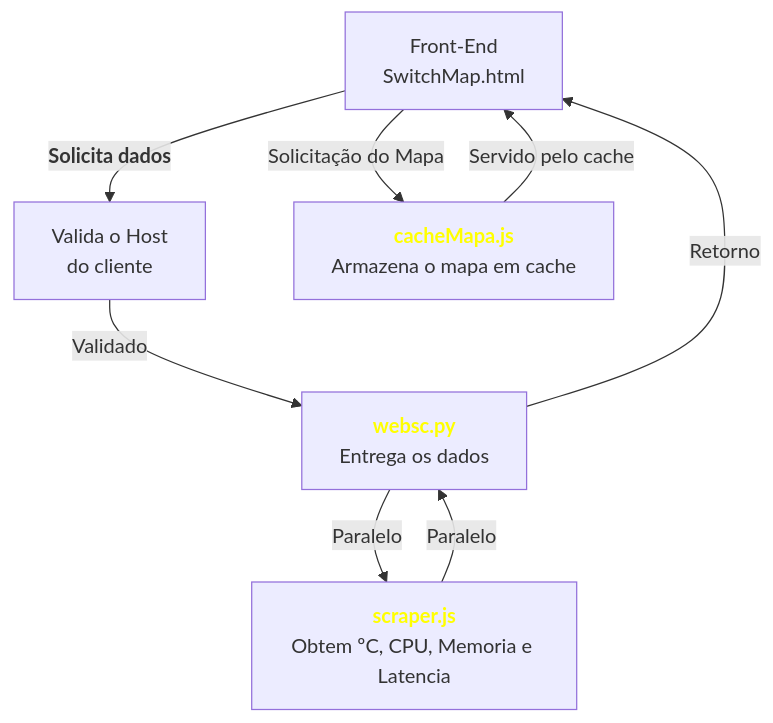
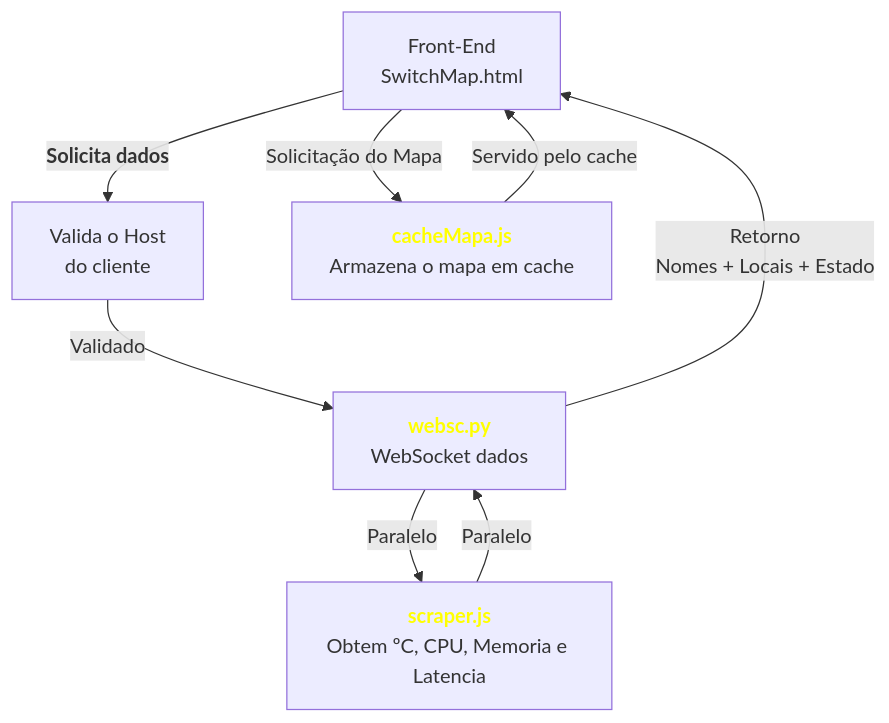
The diagram in readme.md (pedr-moura/SwitchMap-2-dev), drawn with Mermaid before and after one commit.

````diff
--- a/readme.md
+++ b/readme.md
@@ -22,11 +22,11 @@
 ```mermaid
 graph TD
     B[Front-End<br>SwitchMap.html] -->| <b>Solicita dados</b> | C[Valida o Host<br>do cliente]
-    C --> | Validado | D[<b style="color:yellow;">websc.py</b><br>Entrega os dados]
+    C --> | Validado | D[<b style="color:yellow;">websc.py</b><br>WebSocket dados]
     D --> | Paralelo | E[<b style="color:yellow;">scraper.js</b><br>Obtem ºC, CPU, Memoria e Latencia]
     E --> | Paralelo | D
-    D --> | Retorno | B
+    D --> | Retorno<br>Nomes + Locais + Estado | B
     B --> | Solicitação do Mapa | A[<b style="color:yellow;">cacheMapa.js</b><br>Armazena o mapa em cache]
     A --> | Servido pelo cache | B
     
 ```
````
